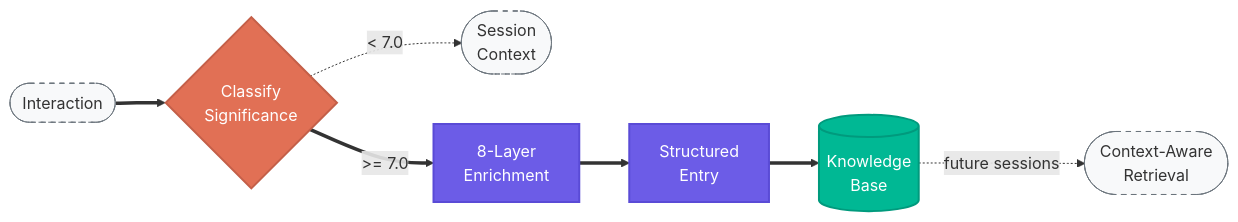
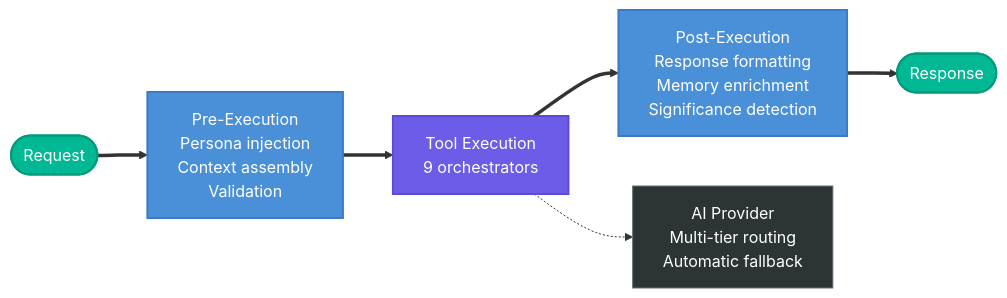
Before and after one commit to theLightArchitect/EVA: the diagram in README.md, drawn with Mermaid. The commit also changed other lines of this file, not shown here.

Commit message:
Encapsulate architecture — remove internal component names

````diff
--- a/README.md
+++ b/README.md
@@ -107,19 +67,19 @@
 ```mermaid
 flowchart LR
-    A([Interaction]) ==> B{"Classify<br/>Significance"}
-    B -.->|"< 7.0"| C(["Session<br/>Context"])
-    B ==>|">= 7.0"| D["8-Layer<br/>Enrichment"]
-    D ==> E["Structured<br/>Entry"]
-    E ==> F[("Knowledge<br/>Base")]
-    F -.->|future sessions| G(["Context-Aware<br/>Retrieval"])
+    REQ([Request]) ==> PRE["Pre-Execution<br/>Persona injection<br/>Context assembly<br/>Validation"]
+    PRE ==> EXEC["Tool Execution<br/>9 orchestrators"]
+    EXEC ==> POST["Post-Execution<br/>Response formatting<br/>Memory enrichment<br/>Significance detection"]
+    POST ==> RES([Response])
 
-    classDef classify fill:#e17055,color:#fff,stroke:#c45f48,stroke-width:2px
-    classDef enrich fill:#6c5ce7,color:#fff,stroke:#5a4bd6,stroke-width:2px
-    classDef store fill:#00b894,color:#fff,stroke:#009a7d,stroke-width:2px
-    classDef io fill:#f8f9fa,color:#333,stroke:#6c757d,stroke-dasharray:5 5
+    EXEC -.-> AI["AI Provider<br/>Multi-tier routing<br/>Automatic fallback"]
 
-    class B classify
-    class D,E enrich
-    class F store
-    class A,C,G io
+    classDef pipeline fill:#4a90d9,color:#fff,stroke:#3a7bc8,stroke-width:2px
+    classDef exec fill:#6c5ce7,color:#fff,stroke:#5a4bd6,stroke-width:2px
+    classDef ai fill:#2d3436,color:#fff,stroke:#636e72,stroke-width:1px
+    classDef io fill:#00b894,color:#fff,stroke:#009a7d,stroke-width:2px
+
+    class PRE,POST pipeline
+    class EXEC exec
+    class AI ai
+    class REQ,RES io
 ```
````
